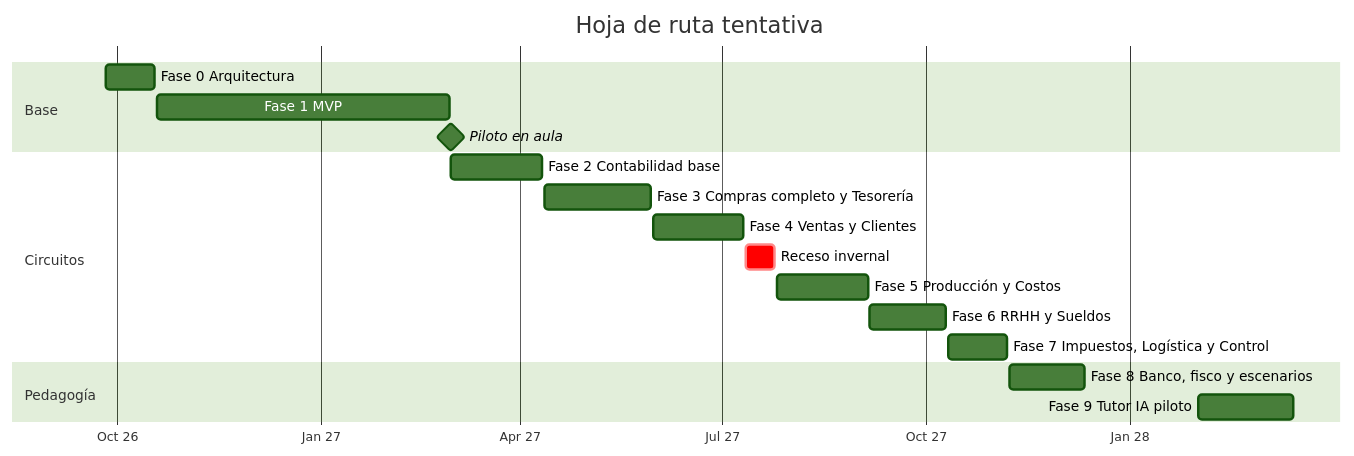
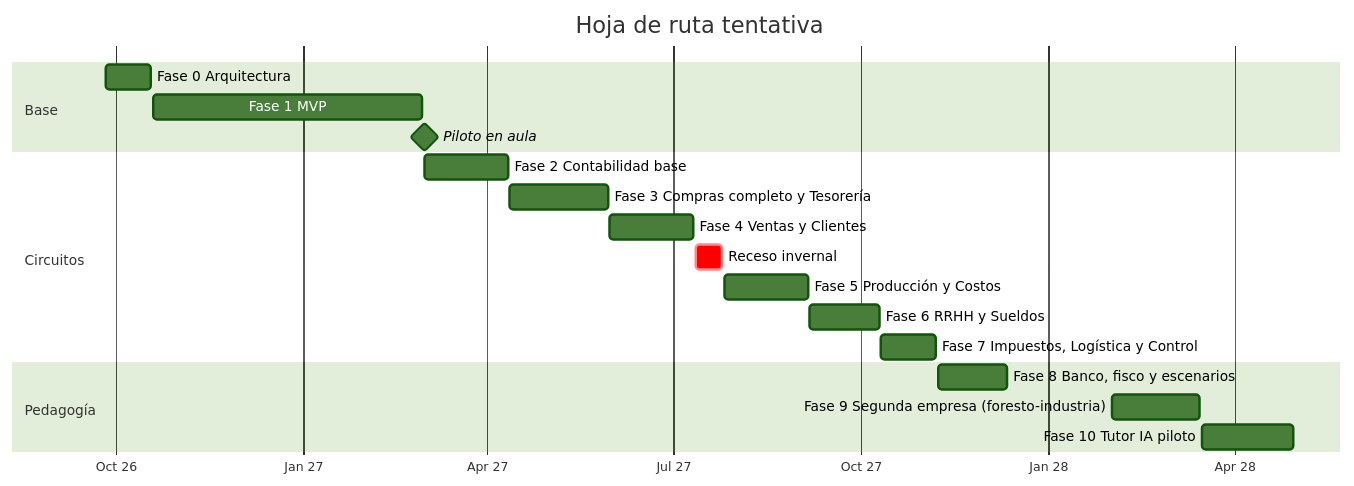
One commit to juanmanuelgomez143620/integrar-erp changed the diagram in ROADMAP.md. Above: the diagram before and after it, drawn with Mermaid (forest theme). The commit also changed other lines of this file and 4 other files, not shown here.

First line of the commit message:
docs(fase-9): una segunda empresa plantilla, la foresto-industria

````diff
--- a/ROADMAP.md
+++ b/ROADMAP.md
@@ -16,21 +16,22 @@
 ```mermaid
 gantt
   title Hoja de ruta tentativa
   dateFormat YYYY-MM-DD
   axisFormat %b %y
   section Base
   Fase 0 Arquitectura               :f0, 2026-09-26, 2026-10-18
   Fase 1 MVP                        :f1, 2026-10-19, 2027-02-28
   Piloto en aula                    :milestone, m1, 2027-03-01, 0d
   section Circuitos
   Fase 2 Contabilidad base          :f2, 2027-03-01, 2027-04-11
   Fase 3 Compras completo y Tesorería :f3, 2027-04-12, 2027-05-30
   Fase 4 Ventas y Clientes          :f4, 2027-05-31, 2027-07-11
   Receso invernal                   :crit, r1, 2027-07-12, 2027-07-25
   Fase 5 Producción y Costos        :f5, 2027-07-26, 2027-09-05
   Fase 6 RRHH y Sueldos             :f6, 2027-09-06, 2027-10-10
   Fase 7 Impuestos, Logística y Control :f7, 2027-10-11, 2027-11-07
   section Pedagogía
   Fase 8 Banco, fisco y escenarios  :f8, 2027-11-08, 2027-12-12
-  Fase 9 Tutor IA piloto            :f9, 2028-02-01, 2028-03-15
+  Fase 9 Segunda empresa (foresto-industria) :f9, 2028-02-01, 2028-03-15
+  Fase 10 Tutor IA piloto           :f10, 2028-03-16, 2028-04-30
 ```
````
